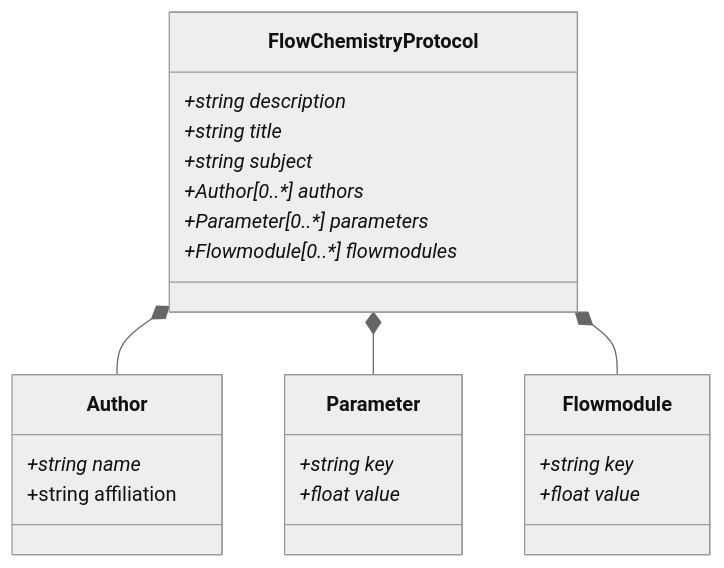
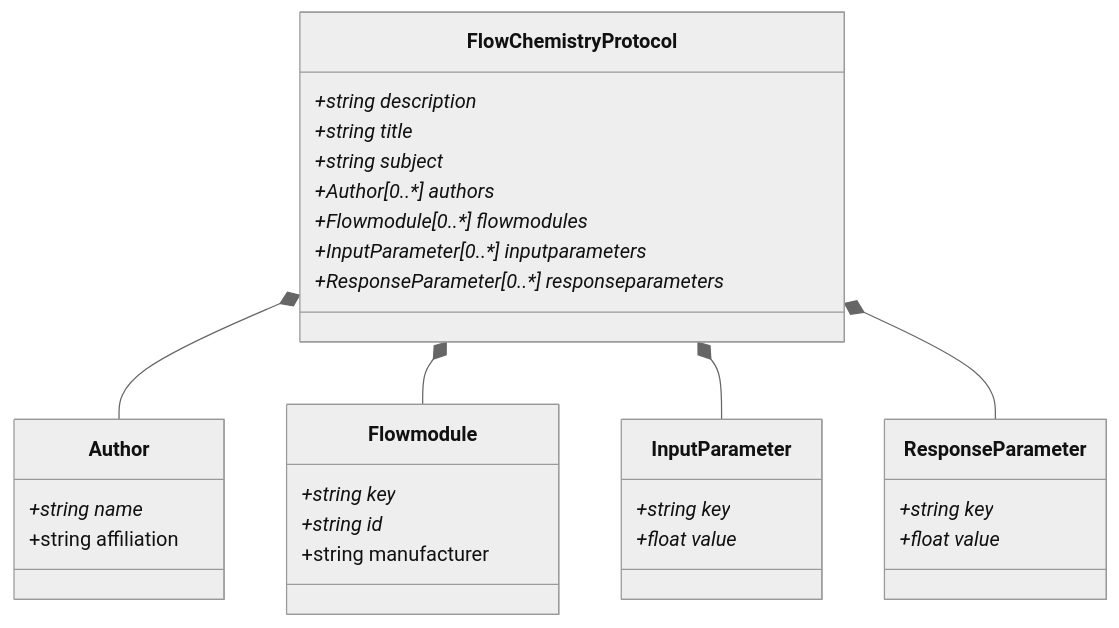
The diagram in pyDataset/schemes/Dataset.md (C-Kessler/sdrdm-flowchem-B2), drawn with Mermaid (neutral theme) before and after one commit. The commit also changed 2 other files, not shown here.

````diff
--- a/pyDataset/schemes/Dataset.md
+++ b/pyDataset/schemes/Dataset.md
@@ -1,31 +1,39 @@
 ```mermaid
 classDiagram
     FlowChemistryProtocol *-- Author
-    FlowChemistryProtocol *-- Parameter
     FlowChemistryProtocol *-- Flowmodule
+    FlowChemistryProtocol *-- InputParameter
+    FlowChemistryProtocol *-- ResponseParameter
     
     class FlowChemistryProtocol {
         +string description*
         +string title*
         +string subject*
         +Author[0..*] authors*
-        +Parameter[0..*] parameters*
         +Flowmodule[0..*] flowmodules*
+        +InputParameter[0..*] inputparameters*
+        +ResponseParameter[0..*] responseparameters*
     }
     
     class Author {
         +string name*
         +string affiliation
     }
     
-    class Parameter {
+    class Flowmodule {
+        +string key*
+        +string id*
+        +string manufacturer
+    }
+    
+    class InputParameter {
         +string key*
         +float value*
     }
     
-    class Flowmodule {
+    class ResponseParameter {
         +string key*
         +float value*
     }
     
 ```
````
